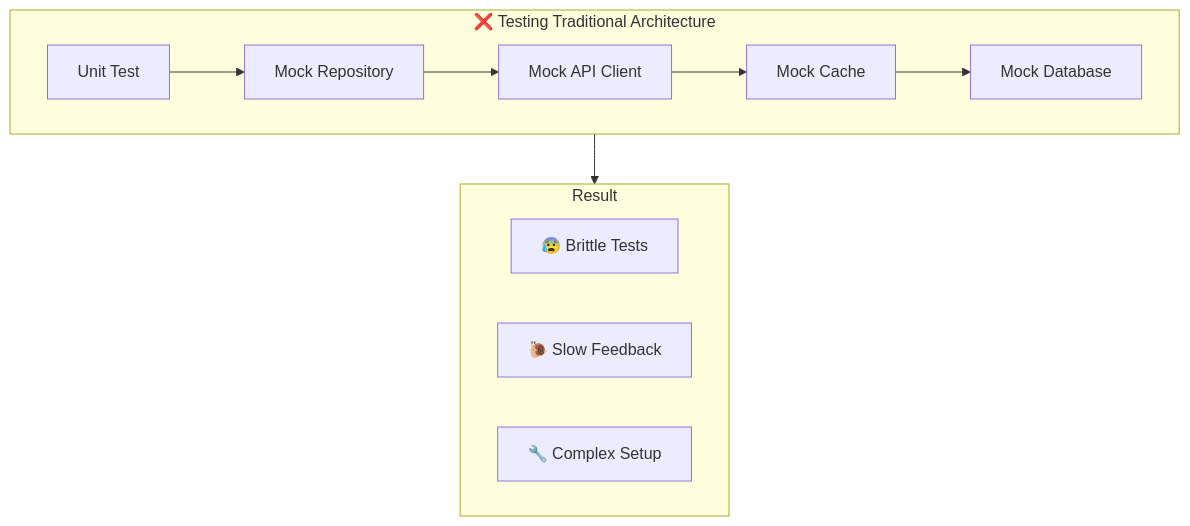
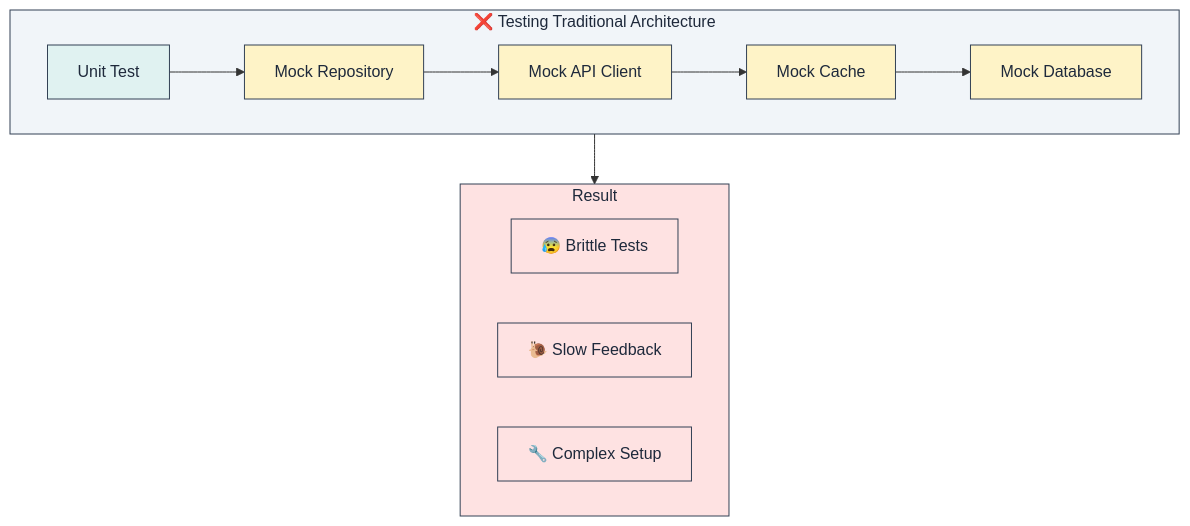
The fourth of 6 diagrams in book/chapters/01_the_pain.md (lploc94/flutter_orchestrator), drawn with Mermaid before and after one commit. The commit also changed other lines of this file and 3 other files, not shown here.

````diff
--- a/book/chapters/01_the_pain.md
+++ b/book/chapters/01_the_pain.md
@@ -127,17 +151,28 @@
 ```mermaid
 graph TB
     subgraph TestingProblem["❌ Testing Traditional Architecture"]
         Test["Unit Test"] --> MockRepo["Mock Repository"]
         MockRepo --> MockAPI["Mock API Client"]
         MockAPI --> MockCache["Mock Cache"]
         MockCache --> MockDB["Mock Database"]
     end
     
     subgraph Result["Result"]
         Brittle["😰 Brittle Tests"]
         Slow["🐌 Slow Feedback"]
         Complex["🔧 Complex Setup"]
     end
     
     TestingProblem --> Result
+    
+    style TestingProblem fill:#f1f5f9,stroke:#334155,color:#1e293b
+    style Result fill:#fee2e2,stroke:#334155,color:#1e293b
+    style Test fill:#e0f2f1,stroke:#334155,color:#1e293b
+    style MockRepo fill:#fef3c7,stroke:#334155,color:#1e293b
+    style MockAPI fill:#fef3c7,stroke:#334155,color:#1e293b
+    style MockCache fill:#fef3c7,stroke:#334155,color:#1e293b
+    style MockDB fill:#fef3c7,stroke:#334155,color:#1e293b
+    style Brittle fill:#fee2e2,stroke:#334155,color:#1e293b
+    style Slow fill:#fee2e2,stroke:#334155,color:#1e293b
+    style Complex fill:#fee2e2,stroke:#334155,color:#1e293b
 ```
````
